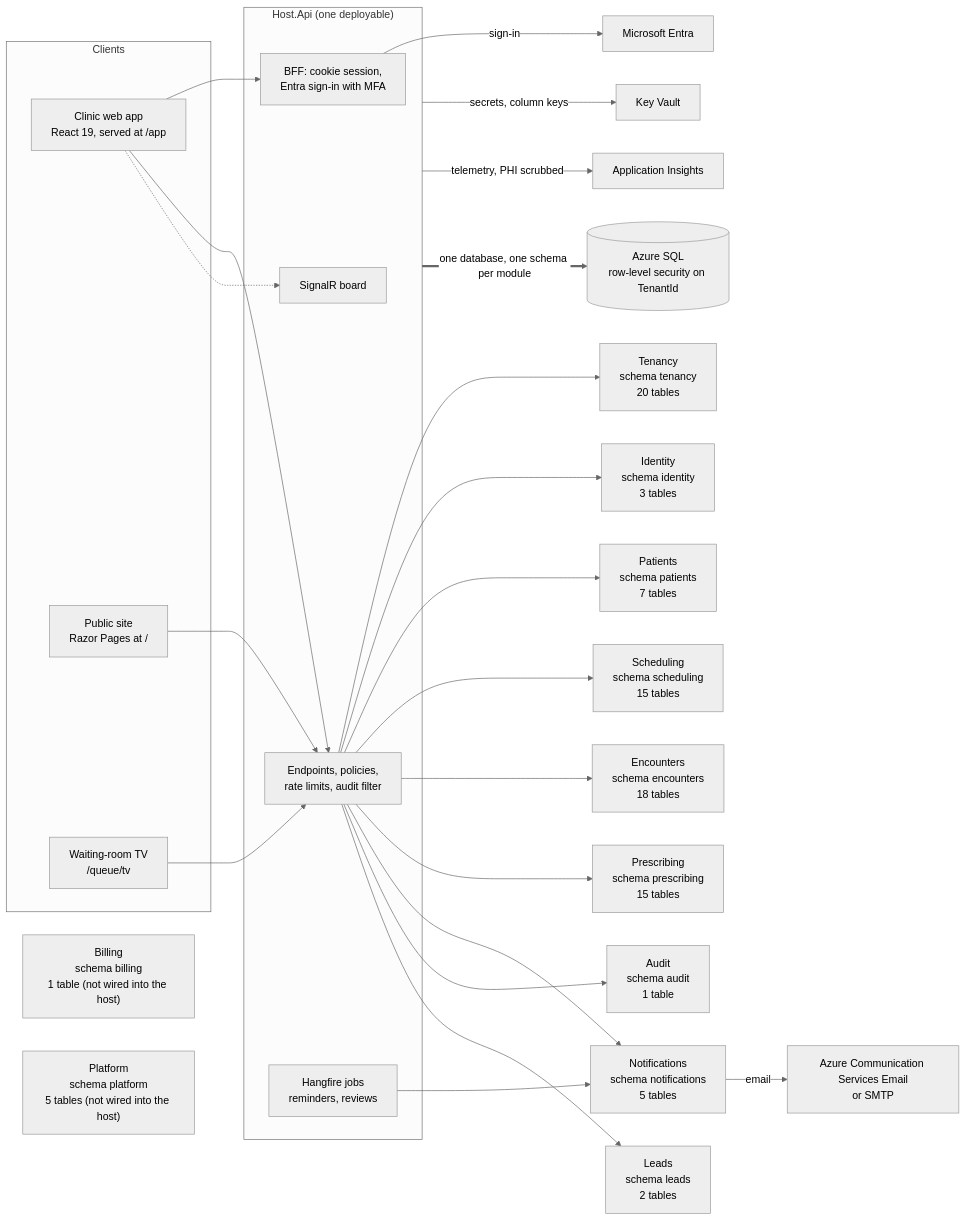
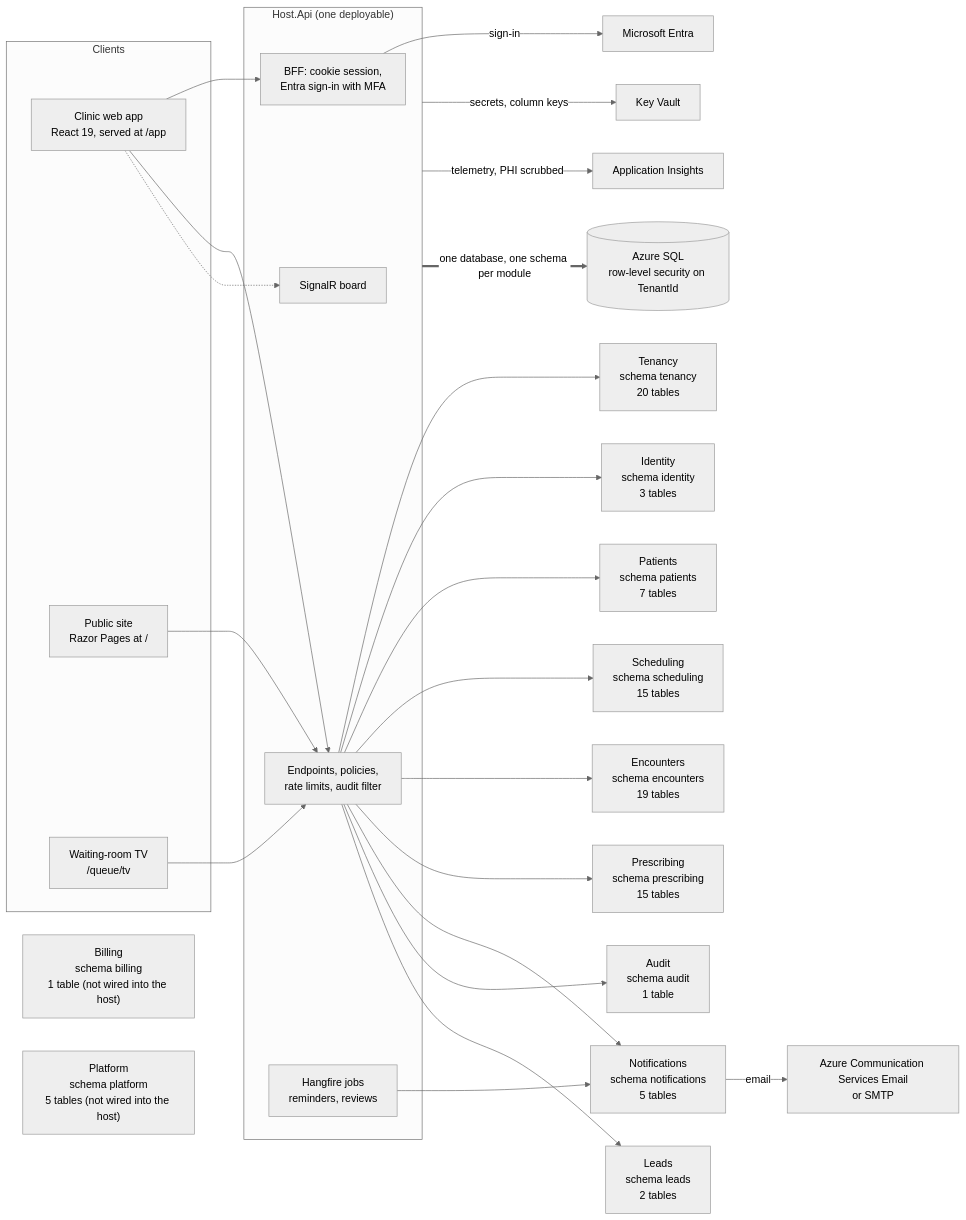
One commit to ALFRED-LUCIFER/medvya changed the first of 14 diagrams in docs/03-architecture/erd.md. Above: the diagram before and after it, drawn with Mermaid (neutral theme). The commit also changed other lines of this file and 38 other files, not shown here.

````diff
--- a/docs/03-architecture/erd.md
+++ b/docs/03-architecture/erd.md
@@ -15,36 +15,36 @@
 ```mermaid
 flowchart LR
   subgraph Clients
     web["Clinic web app<br/>React 19, served at /app"]
     site["Public site<br/>Razor Pages at /"]
     tv["Waiting-room TV<br/>/queue/tv"]
   end
   subgraph Host["Host.Api (one deployable)"]
     bff["BFF: cookie session,<br/>Entra sign-in with MFA"]
     api["Endpoints, policies,<br/>rate limits, audit filter"]
     hub["SignalR board"]
     jobs["Hangfire jobs<br/>reminders, reviews"]
   end
   web --> bff
   web --> api
   web -.-> hub
   tv --> api
   site --> api
   api --> Tenancy["Tenancy<br/>schema tenancy<br/>20 tables"]
   api --> Identity["Identity<br/>schema identity<br/>3 tables"]
   api --> Patients["Patients<br/>schema patients<br/>7 tables"]
   api --> Scheduling["Scheduling<br/>schema scheduling<br/>15 tables"]
-  api --> Encounters["Encounters<br/>schema encounters<br/>18 tables"]
+  api --> Encounters["Encounters<br/>schema encounters<br/>19 tables"]
   api --> Prescribing["Prescribing<br/>schema prescribing<br/>15 tables"]
   api --> Notifications["Notifications<br/>schema notifications<br/>5 tables"]
   api --> Audit["Audit<br/>schema audit<br/>1 table"]
   api --> Leads["Leads<br/>schema leads<br/>2 tables"]
   Billing["Billing<br/>schema billing<br/>1 table (not wired into the host)"]
   Platform["Platform<br/>schema platform<br/>5 tables (not wired into the host)"]
   jobs --> Notifications
   bff -->|"sign-in"| entra["Microsoft Entra"]
   Notifications -->|"email"| mail["Azure Communication Services Email<br/>or SMTP"]
   Host -->|"secrets, column keys"| kv["Key Vault"]
   Host -->|"telemetry, PHI scrubbed"| ai["Application Insights"]
   Host ==>|"one database, one schema per module"| sql[("Azure SQL<br/>row-level security on TenantId")]
 ```
````
